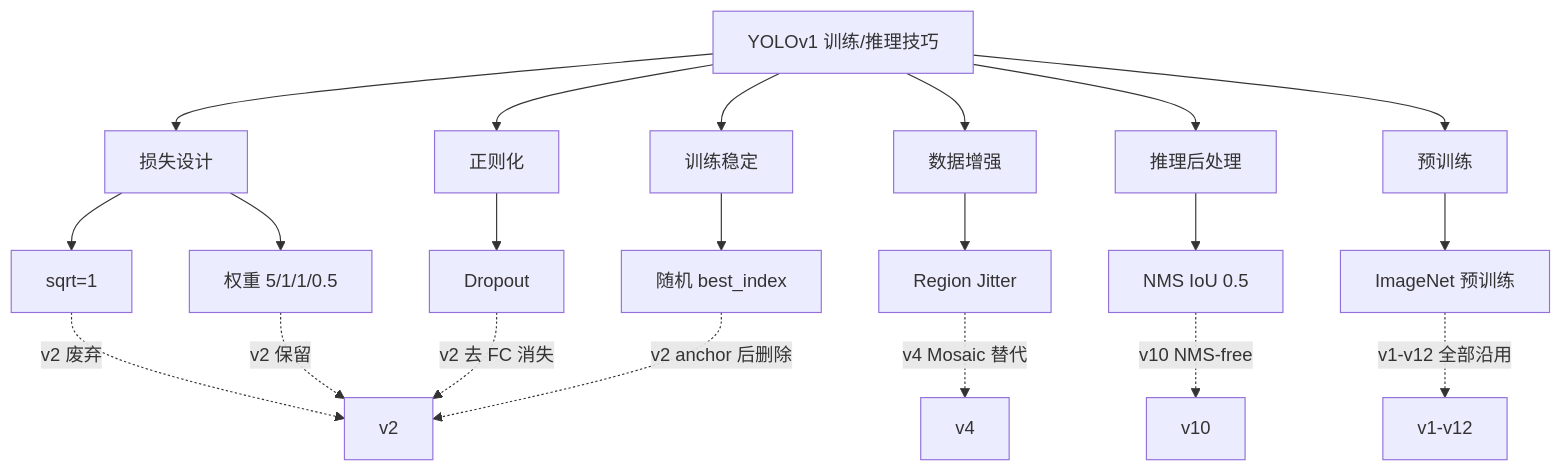
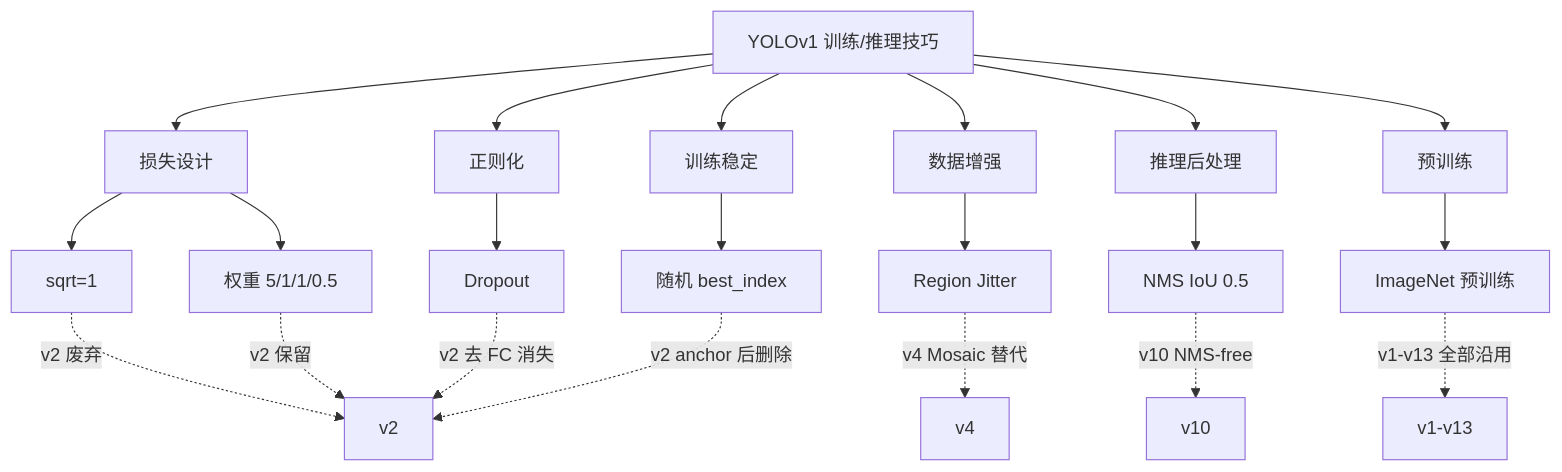
Before and after one commit to yejinlei/agent-yolo: the sixth of 6 diagrams in docs/versions/v1/tricks.md, drawn with Mermaid. The commit also changed other lines of this file and 4 other files, not shown here.

````diff
--- a/docs/versions/v1/tricks.md
+++ b/docs/versions/v1/tricks.md
@@ -254,22 +254,22 @@
 ```mermaid
 flowchart TB
     ROOT[YOLOv1 训练/推理技巧]
     LOSS[损失设计] & AUG[数据增强] & REG[正则化] & INF[推理后处理] & PRE[预训练] & STABLE[训练稳定]
     ROOT --> LOSS & AUG & REG & INF & PRE & STABLE
 
     LOSS --> SQ[sqrt=1]
     LOSS --> WL[权重 5/1/1/0.5]
     AUG --> RJ[Region Jitter]
     REG --> DP[Dropout]
     INF --> NMS[NMS IoU 0.5]
     PRE --> IM[ImageNet 预训练]
     STABLE --> RB[随机 best_index]
 
     SQ -.v2 废弃.-> V2[v2]
     WL -.v2 保留.-> V2
     RJ -.v4 Mosaic 替代.-> V4[v4]
     DP -.v2 去 FC 消失.-> V2
     NMS -.v10 NMS-free.-> V10[v10]
-    IM -.v1-v12 全部沿用.-> ALL[v1-v12]
+    IM -.v1-v13 全部沿用.-> ALL[v1-v13]
     RB -.v2 anchor 后删除.-> V2
 ```
````
